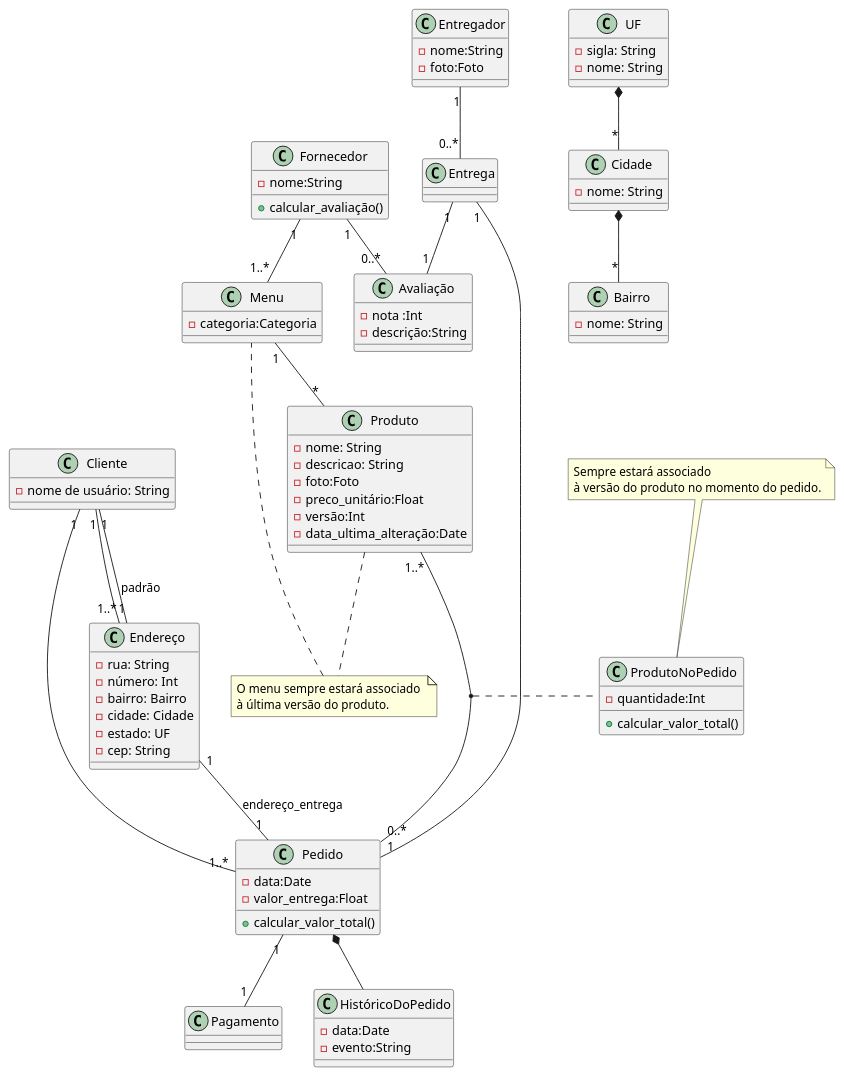
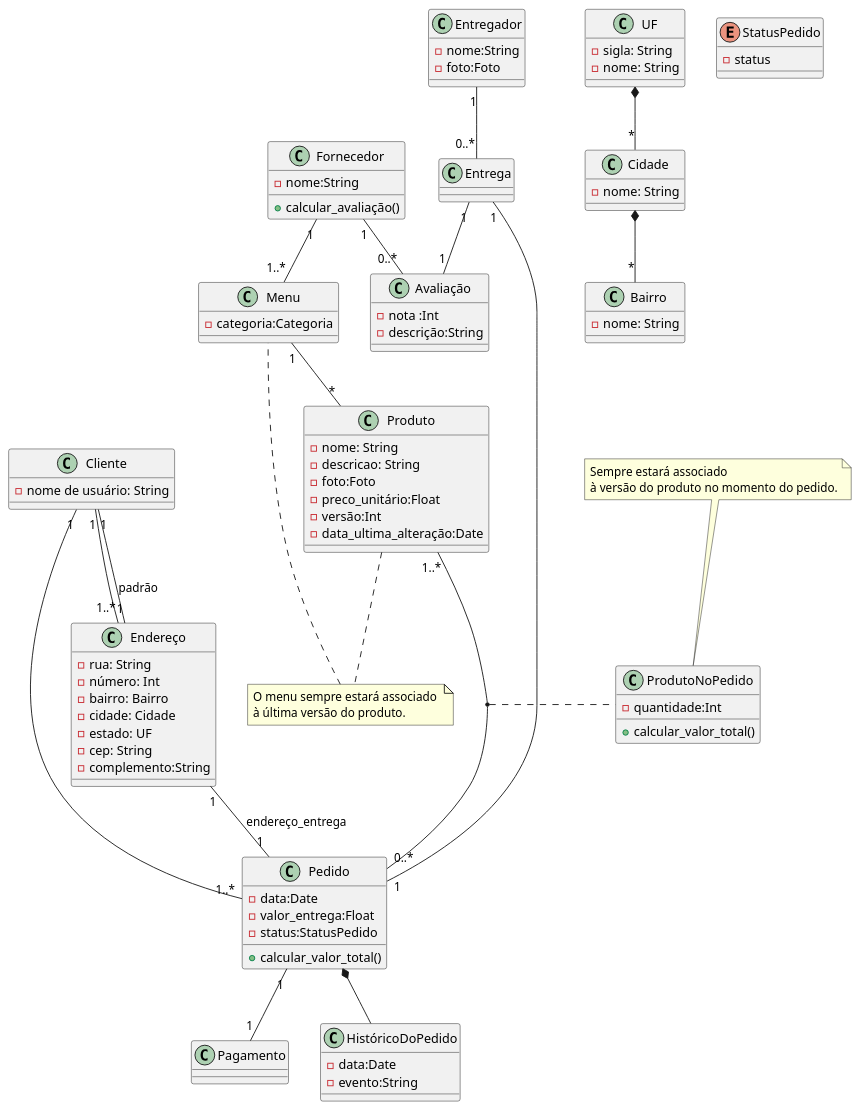
The diagram in docs/diagramas_classe/classes_principais.wsd (professortavares/techshot_python_enacom), drawn with PlantUML before and after one commit. The commit also changed 4 other files, not shown here.

Commit message:
Diagrama de caso de uso + história de usuário

```diff
--- a/docs/diagramas_classe/classes_principais.wsd
+++ b/docs/diagramas_classe/classes_principais.wsd
@@ -1,107 +1,113 @@
 @startuml
 class Produto{
     - nome: String
     - descricao: String
     - foto:Foto
     - preco_unitário:Float
     - versão:Int
     - data_ultima_alteração:Date
 
 }
 
 class Cliente{
     - nome de usuário: String
 }
 
 class Endereço {
     - rua: String
     - número: Int
     - bairro: Bairro
     - cidade: Cidade
     - estado: UF
     - cep: String
+    - complemento:String
 }
 
 class UF {
     - sigla: String
     - nome: String
 }
 
 class Cidade{
     - nome: String
+}
+
+enum StatusPedido {
+   - status
 }
 
 class Bairro {
     - nome: String
 }
 
 class Menu{
   - categoria:Categoria
 }
 
 class Entregador{
   - nome:String
   - foto:Foto
 }
 
 class Fornecedor{
   - nome:String
   + calcular_avaliação()
 }
 
 
 class Pagamento{}
 
 class Pedido{
   - data:Date
   - valor_entrega:Float
+  - status:StatusPedido
   + calcular_valor_total()
 
 }
 
 class HistóricoDoPedido {
   - data:Date
   - evento:String
 }
 
 class Entrega{
 
 }
 
 class ProdutoNoPedido {
   - quantidade:Int
 
   + calcular_valor_total()
   
 }
 
 class Avaliação {
   - nota :Int
   - descrição:String
 }
 
 UF *-- "*" Cidade 
 Cidade *-- "*" Bairro
 Cliente "1" -- "1..*" Endereço
 Cliente "1" -- "1" Endereço : padrão
 Cliente "1" -- "1..*" Pedido
 Entrega "1" -- "1" Pedido
 Endereço "1" -- "1" Pedido: endereço_entrega
 Entregador "1" -- "0..*" Entrega
 Pedido "1" -- "1" Pagamento
 Menu  "1" -- "*" Produto
 Fornecedor "1" -- "1..*" Menu
 Entrega "1" -- "1" Avaliação
 Fornecedor "1" -- "0..*" Avaliação
 Pedido *-- HistóricoDoPedido
 Produto "1..*" -- "0..*" Pedido
 (Produto, Pedido) .. ProdutoNoPedido
 
 
 note "O menu sempre estará associado \nà última versão do produto." as N1
 Produto .. N1
 N1 .. Menu
 
 note "Sempre estará associado \nà versão do produto no momento do pedido." as N2
 N2 .. ProdutoNoPedido
 @enduml
```
